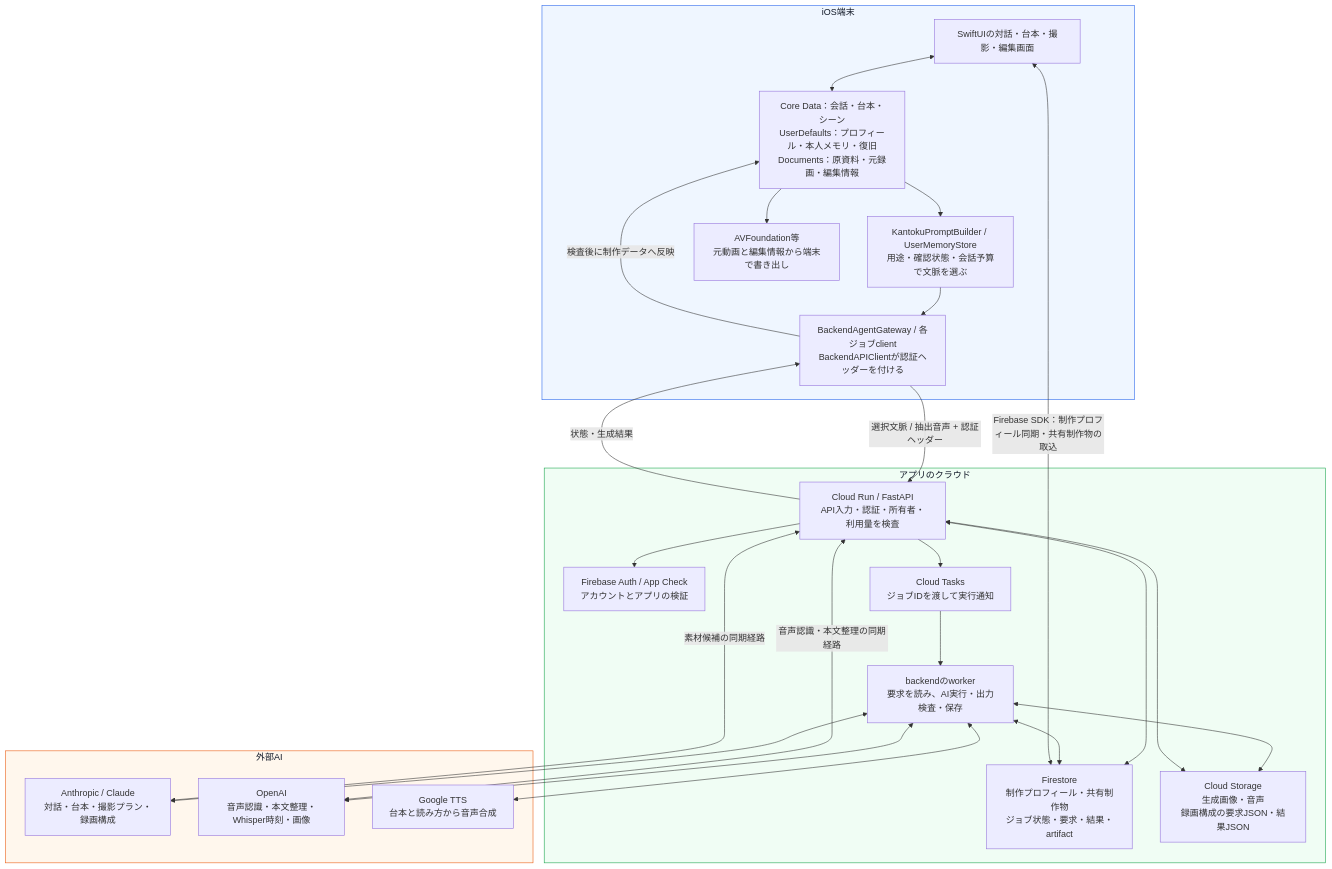
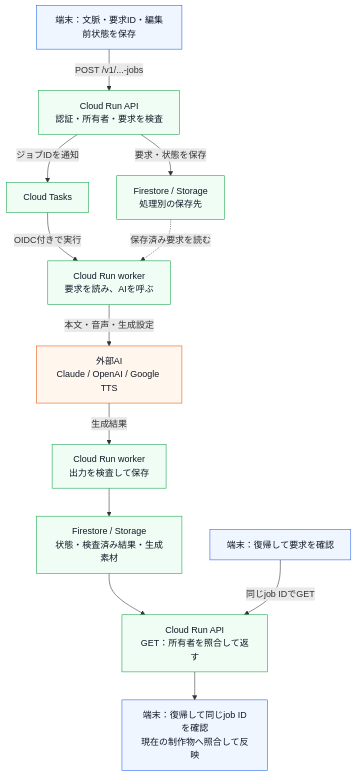
One commit to Technarra/kantokuai-portfolio changed the first of 4 diagrams in docs/data-flow.md. Above: the diagram before and after it, drawn with Mermaid. The commit also changed other lines of this file and 3 other files, not shown here.

````diff
--- a/docs/data-flow.md
+++ b/docs/data-flow.md
@@ -11,44 +25,20 @@
 ```mermaid
-flowchart TB
-    subgraph Device["iOS端末"]
-        UI["SwiftUIの対話・台本・撮影・編集画面"]
-        Context["KantokuPromptBuilder / UserMemoryStore<br/>用途・確認状態・会話予算で文脈を選ぶ"]
-        Local["Core Data：会話・台本・シーン<br/>UserDefaults：プロフィール・本人メモリ・復旧<br/>Documents：原資料・元録画・編集情報"]
-        Client["BackendAgentGateway / 各ジョブclient<br/>BackendAPIClientが認証ヘッダーを付ける"]
-        Compose["AVFoundation等<br/>元動画と編集情報から端末で書き出し"]
-        UI <--> Local
-        Local --> Context --> Client
-        Local --> Compose
-    end
-    subgraph Cloud["アプリのクラウド"]
-        Auth["Firebase Auth / App Check<br/>アカウントとアプリの検証"]
-        API["Cloud Run / FastAPI<br/>API入力・認証・所有者・利用量を検査"]
-        DB["Firestore<br/>制作プロフィール・共有制作物<br/>ジョブ状態・要求・結果・artifact"]
-        Tasks["Cloud Tasks<br/>ジョブIDを渡して実行通知"]
-        Worker["backendのworker<br/>要求を読み、AI実行・出力検査・保存"]
-        Storage["Cloud Storage<br/>生成画像・音声<br/>録画構成の要求JSON・結果JSON"]
-        API --> Auth
-        API <--> DB
-        API --> Tasks --> Worker
-        Worker <--> DB
-        Worker <--> Storage
-        API <--> Storage
-    end
-    subgraph External["外部AI"]
-        Claude["Anthropic / Claude<br/>対話・台本・撮影プラン・録画構成"]
-        OpenAI["OpenAI<br/>音声認識・本文整理・Whisper時刻・画像"]
-        TTS["Google TTS<br/>台本と読み方から音声合成"]
-    end
-    Client -->|"選択文脈 / 抽出音声 + 認証ヘッダー"| API
-    API -->|"状態・生成結果"| Client
-    Client -->|"検査後に制作データへ反映"| Local
-    UI <-->|"Firebase SDK：制作プロフィール同期・共有制作物の取込"| DB
-    Worker <--> Claude
-    Worker <--> OpenAI
-    Worker <--> TTS
-    API <-->|"音声認識・本文整理の同期経路"| OpenAI
-    API <-->|"素材候補の同期経路"| Claude
-    style Device fill:#eff6ff,stroke:#2563eb,color:#111827
-    style Cloud fill:#f0fdf4,stroke:#16a34a,color:#111827
-    style External fill:#fff7ed,stroke:#ea580c,color:#111827
+flowchart TD
+    Request["端末：文脈・要求ID・編集前状態を保存"] -->|"POST /v1/...-jobs"| API["Cloud Run API<br/>認証・所有者・要求を検査"]
+    API -->|"要求・状態を保存"| Job["Firestore / Storage<br/>処理別の保存先"]
+    API -->|"ジョブIDを通知"| Tasks["Cloud Tasks"]
+    Tasks -->|"OIDC付きで実行"| Worker["Cloud Run worker<br/>要求を読み、AIを呼ぶ"]
+    Job -.->|"保存済み要求を読む"| Worker
+    Worker -->|"本文・音声・生成設定"| AI["外部AI<br/>Claude / OpenAI / Google TTS"]
+    AI -->|"生成結果"| Check["Cloud Run worker<br/>出力を検査して保存"]
+    Check --> Result["Firestore / Storage<br/>状態・検査済み結果・生成素材"]
+    Result --> Fetch["Cloud Run API<br/>GET：所有者を照合して返す"]
+    Resume["端末：復帰して要求を確認"] -->|"同じjob IDでGET"| Fetch
+    Fetch --> Apply["端末：復帰して同じjob IDを確認<br/>現在の制作物へ照合して反映"]
+    classDef local fill:#eff6ff,stroke:#2563eb,color:#111827
+    classDef cloud fill:#f0fdf4,stroke:#16a34a,color:#111827
+    classDef external fill:#fff7ed,stroke:#ea580c,color:#111827
+    class Request,Resume,Apply local
+    class API,Job,Tasks,Worker,Check,Result,Fetch cloud
+    class AI external
 ```
````
